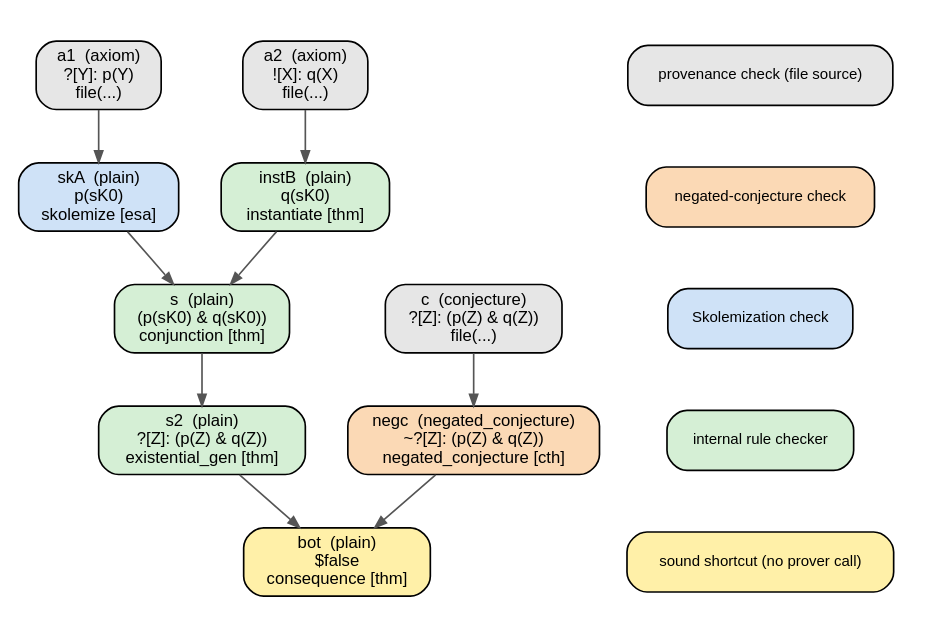
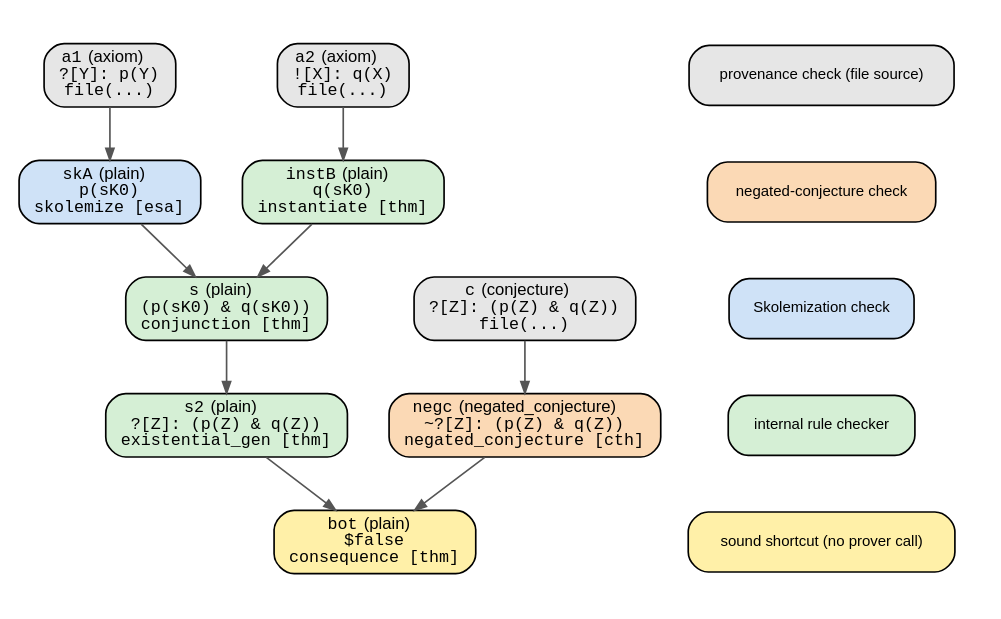
One commit to AlexanderGiller/master-thesis-proover changed the diagram in thesis/diagrams/dag_prv089.dot. Above: the diagram before and after it, drawn with Graphviz. The commit also changed 37 other files, not shown here.

```diff
--- a/thesis/diagrams/dag_prv089.dot
+++ b/thesis/diagrams/dag_prv089.dot
@@ -1,33 +1,33 @@
 digraph proof {
   graph [rankdir=TB, nodesep=0.35, ranksep=0.45, fontname="Helvetica"];
   node [shape=box, style="rounded,filled", fontname="Helvetica", fontsize=10, margin="0.12,0.06"];
   edge [arrowsize=0.7, color="#555555"];
-  "a1" [label="a1  (axiom)\n?[Y]: p(Y)\nfile(...)", fillcolor="#e6e6e6"];
-  "a2" [label="a2  (axiom)\n![X]: q(X)\nfile(...)", fillcolor="#e6e6e6"];
-  "c" [label="c  (conjecture)\n?[Z]: (p(Z) & q(Z))\nfile(...)", fillcolor="#e6e6e6"];
-  "skA" [label="skA  (plain)\np(sK0)\nskolemize [esa]", fillcolor="#cfe2f7"];
-  "instB" [label="instB  (plain)\nq(sK0)\ninstantiate [thm]", fillcolor="#d5efd5"];
-  "s" [label="s  (plain)\n(p(sK0) & q(sK0))\nconjunction [thm]", fillcolor="#d5efd5"];
-  "s2" [label="s2  (plain)\n?[Z]: (p(Z) & q(Z))\nexistential_gen [thm]", fillcolor="#d5efd5"];
-  "negc" [label="negc  (negated_conjecture)\n~?[Z]: (p(Z) & q(Z))\nnegated_conjecture [cth]", fillcolor="#fbd9b5"];
-  "bot" [label="bot  (plain)\n$false\nconsequence [thm]", fillcolor="#fff0a8"];
+  "a1" [label=<<FONT FACE="Courier">a1</FONT>  (axiom)<BR/><FONT FACE="Courier">?[Y]: p(Y)</FONT><BR/><FONT FACE="Courier">file(...)</FONT>>, fillcolor="#e6e6e6"];
+  "a2" [label=<<FONT FACE="Courier">a2</FONT>  (axiom)<BR/><FONT FACE="Courier">![X]: q(X)</FONT><BR/><FONT FACE="Courier">file(...)</FONT>>, fillcolor="#e6e6e6"];
+  "c" [label=<<FONT FACE="Courier">c</FONT>  (conjecture)<BR/><FONT FACE="Courier">?[Z]: (p(Z) &amp; q(Z))</FONT><BR/><FONT FACE="Courier">file(...)</FONT>>, fillcolor="#e6e6e6"];
+  "skA" [label=<<FONT FACE="Courier">skA</FONT>  (plain)<BR/><FONT FACE="Courier">p(sK0)</FONT><BR/><FONT FACE="Courier">skolemize [esa]</FONT>>, fillcolor="#cfe2f7"];
+  "instB" [label=<<FONT FACE="Courier">instB</FONT>  (plain)<BR/><FONT FACE="Courier">q(sK0)</FONT><BR/><FONT FACE="Courier">instantiate [thm]</FONT>>, fillcolor="#d5efd5"];
+  "s" [label=<<FONT FACE="Courier">s</FONT>  (plain)<BR/><FONT FACE="Courier">(p(sK0) &amp; q(sK0))</FONT><BR/><FONT FACE="Courier">conjunction [thm]</FONT>>, fillcolor="#d5efd5"];
+  "s2" [label=<<FONT FACE="Courier">s2</FONT>  (plain)<BR/><FONT FACE="Courier">?[Z]: (p(Z) &amp; q(Z))</FONT><BR/><FONT FACE="Courier">existential_gen [thm]</FONT>>, fillcolor="#d5efd5"];
+  "negc" [label=<<FONT FACE="Courier">negc</FONT>  (negated_conjecture)<BR/><FONT FACE="Courier">~?[Z]: (p(Z) &amp; q(Z))</FONT><BR/><FONT FACE="Courier">negated_conjecture [cth]</FONT>>, fillcolor="#fbd9b5"];
+  "bot" [label=<<FONT FACE="Courier">bot</FONT>  (plain)<BR/><FONT FACE="Courier">$false</FONT><BR/><FONT FACE="Courier">consequence [thm]</FONT>>, fillcolor="#fff0a8"];
   "a1" -> "skA";
   "a2" -> "instB";
   "skA" -> "s";
   "instB" -> "s";
   "s" -> "s2";
   "c" -> "negc";
   "negc" -> "bot";
   "s2" -> "bot";
   subgraph cluster_legend { label=""; style=invis;
     "leg_provenance" [label="provenance check (file source)", fillcolor="#e6e6e6", fontsize=9];
     "leg_negated" [label="negated-conjecture check", fillcolor="#fbd9b5", fontsize=9];
     "leg_provenance" -> "leg_negated" [style=invis];
     "leg_skolem" [label="Skolemization check", fillcolor="#cfe2f7", fontsize=9];
     "leg_negated" -> "leg_skolem" [style=invis];
     "leg_internal" [label="internal rule checker", fillcolor="#d5efd5", fontsize=9];
     "leg_skolem" -> "leg_internal" [style=invis];
     "leg_shortcut" [label="sound shortcut (no prover call)", fillcolor="#fff0a8", fontsize=9];
     "leg_internal" -> "leg_shortcut" [style=invis];
   }
 }
```
